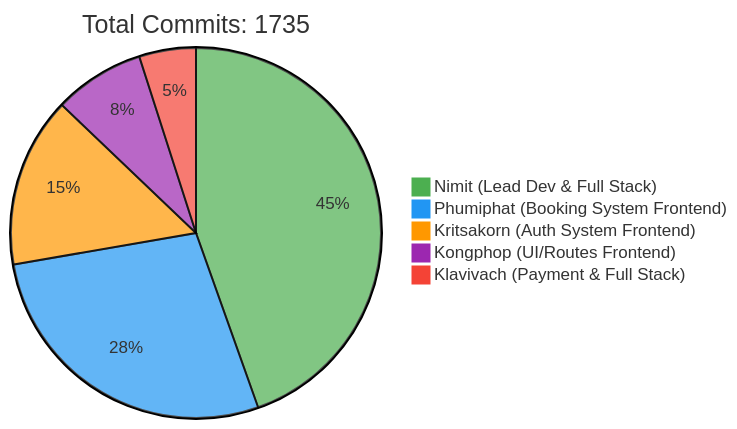
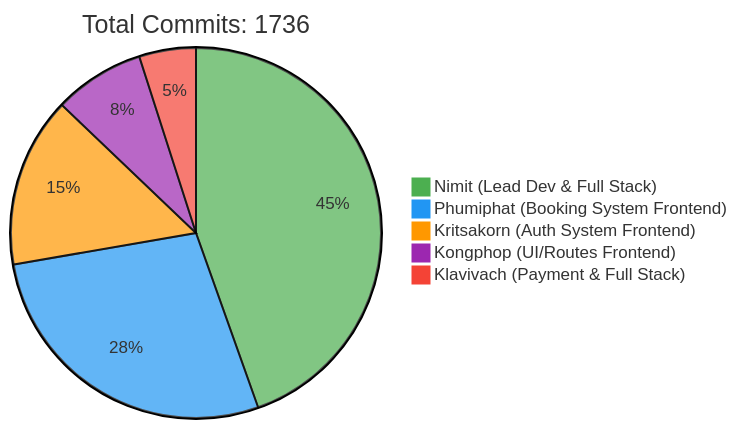
Before and after one commit to 6531503042/Sport-Complex: the first of 2 diagrams in README.md, drawn with Mermaid. The commit also changed other lines of this file, not shown here.

Commit message:
docs: Update contributor statistics [skip ci]

````diff
--- a/README.md
+++ b/README.md
@@ -257,10 +257,10 @@
 ```mermaid
 %%{init: {'theme': 'base', 'themeVariables': { 'pie1': '#4CAF50', 'pie2': '#2196F3', 'pie3': '#FF9800', 'pie4': '#9C27B0', 'pie5': '#F44336'}}}%%
 pie
-    title Total Commits: 1735
+    title Total Commits: 1736
     "Nimit (Lead Dev & Full Stack)" : 450
     "Phumiphat (Booking System Frontend)" : 280
     "Kritsakorn (Auth System Frontend)" : 150
     "Kongphop (UI/Routes Frontend)" : 80
     "Klavivach (Payment & Full Stack)" : 50
 ```
````
